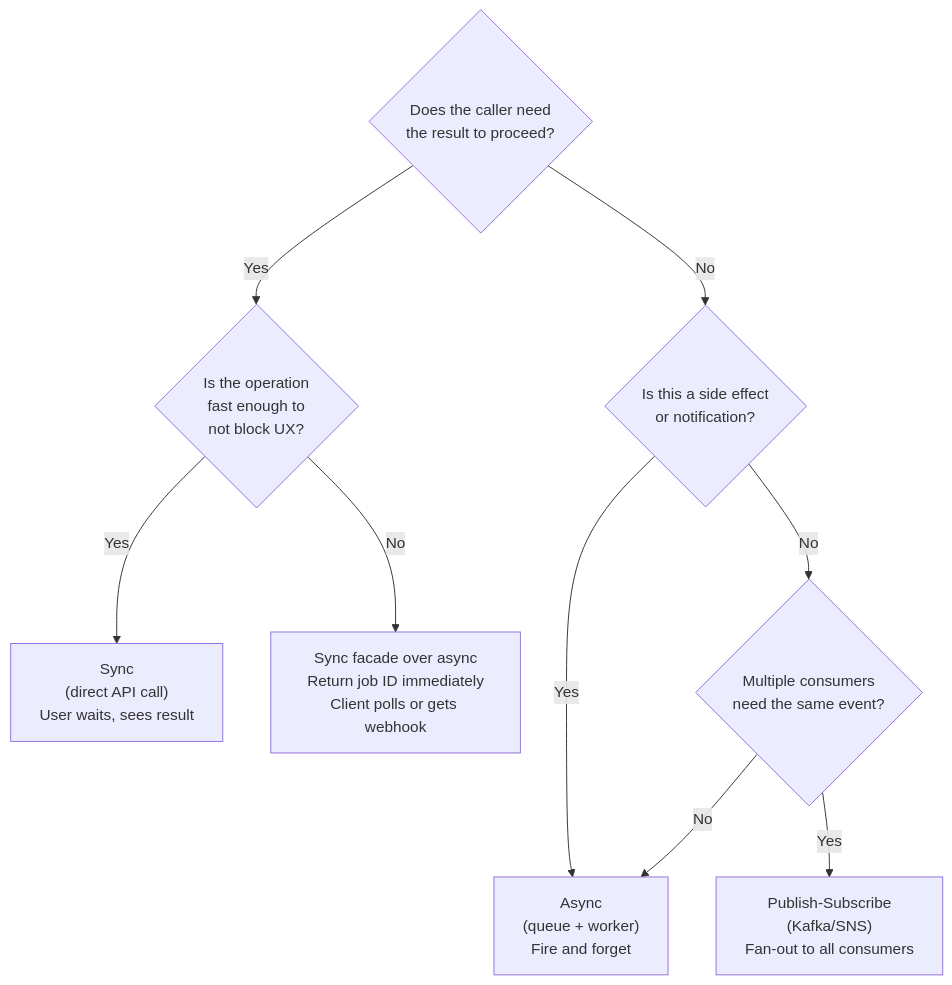
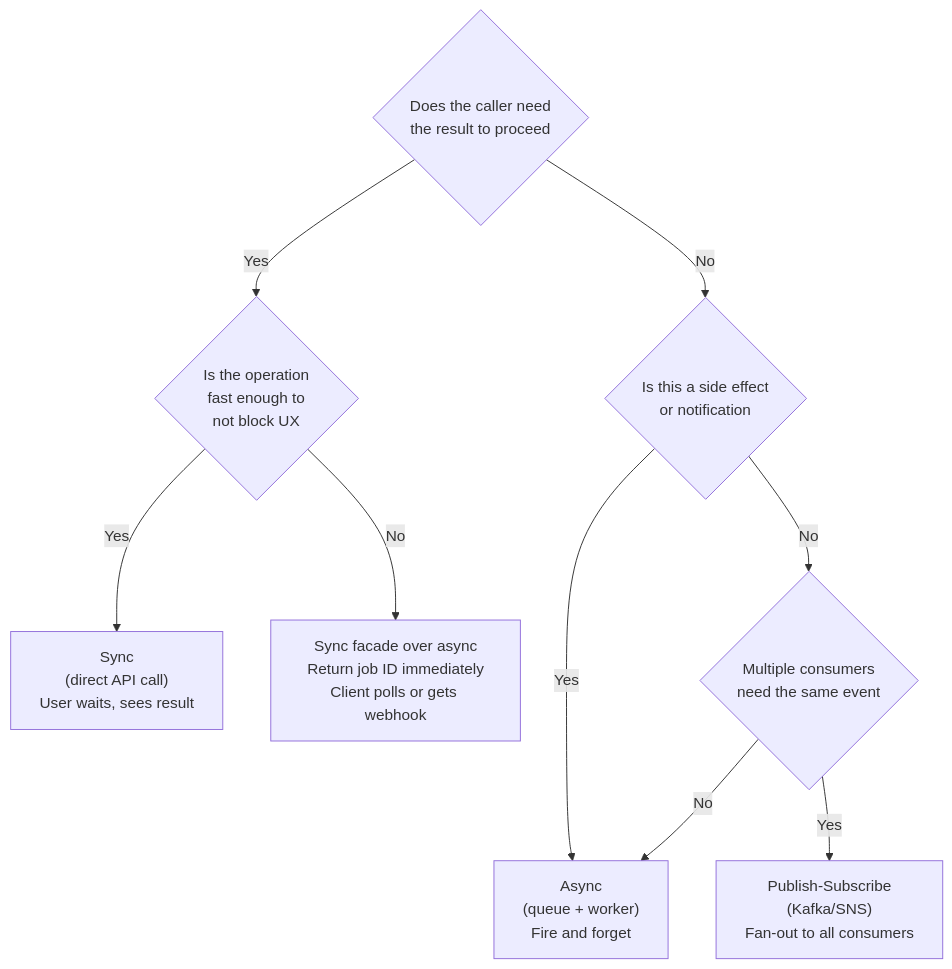
Before and after one commit to ranjeetnegi/System-Design-for-Staff-SWE: diagram 18 of 22 in Section0/Chapter_6_Core_Building_Blocks.md, drawn with Mermaid. The commit also changed other lines of this file and 11 other files, not shown here.

````diff
--- a/Section0/Chapter_6_Core_Building_Blocks.md
+++ b/Section0/Chapter_6_Core_Building_Blocks.md
@@ -1750,12 +1750,12 @@
 ```mermaid
 flowchart TD
-    Q1{Does the caller need\nthe result to proceed?}
-    Q1 -- Yes --> Q2{Is the operation\nfast enough to\nnot block UX?}
+    Q1{Does the caller need\nthe result to proceed }
+    Q1 -- Yes --> Q2{Is the operation\nfast enough to\nnot block UX }
     Q2 -- Yes --> SYNC["Sync\n(direct API call)\nUser waits, sees result"]
     Q2 -- No --> FACADE["Sync facade over async\nReturn job ID immediately\nClient polls or gets webhook"]
-    Q1 -- No --> Q3{Is this a side effect\nor notification?}
+    Q1 -- No --> Q3{Is this a side effect\nor notification }
     Q3 -- Yes --> ASYNC["Async\n(queue + worker)\nFire and forget"]
-    Q3 -- No --> Q4{Multiple consumers\nneed the same event?}
+    Q3 -- No --> Q4{Multiple consumers\nneed the same event }
     Q4 -- Yes --> PUBSUB["Publish-Subscribe\n(Kafka/SNS)\nFan-out to all consumers"]
     Q4 -- No --> ASYNC
 ```
````
